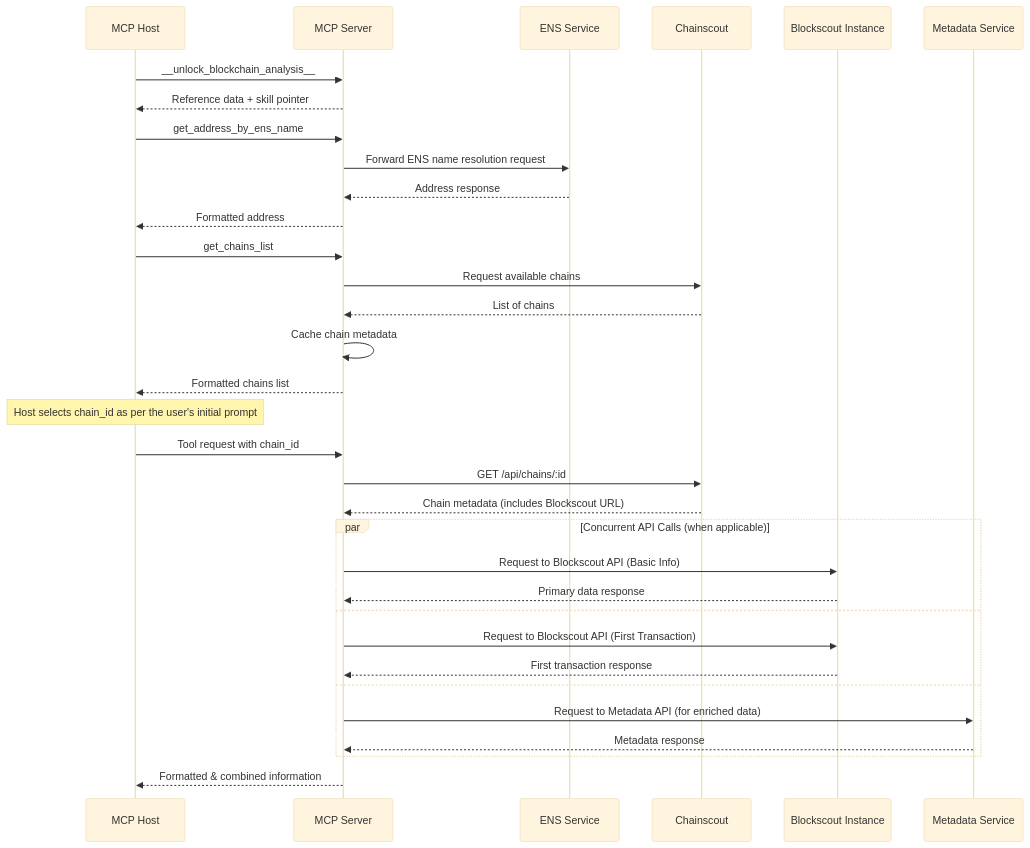
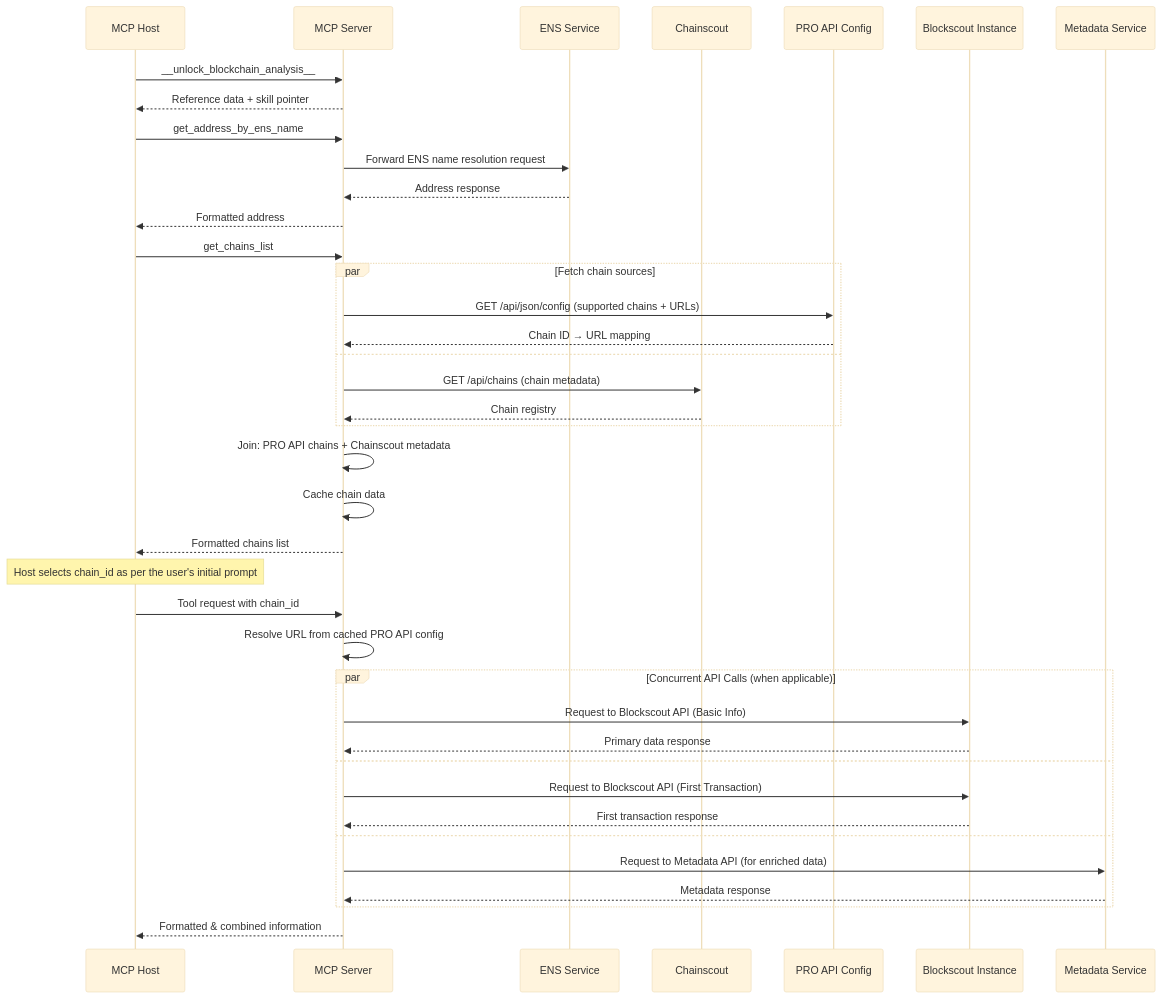
One commit to blockscout/mcp-server changed the first of 3 diagrams in SPEC.md. Above: the diagram before and after it, drawn with Mermaid (base theme). The commit also changed other lines of this file and 23 other files, not shown here.

Commit message:
Use PRO API config as authoritative chain source (#369)

````diff
--- a/SPEC.md
+++ b/SPEC.md
@@ -73,40 +73,46 @@
 ```mermaid
 sequenceDiagram
     participant AI as MCP Host
     participant MCP as MCP Server
     participant BENS as ENS Service
     participant CS as Chainscout
+    participant ProAPI as PRO API Config
     participant BS as Blockscout Instance
     participant Metadata as Metadata Service
 
     AI->>MCP: __unlock_blockchain_analysis__
     MCP-->>AI: Reference data + skill pointer
 
     AI->>MCP: get_address_by_ens_name
     MCP->>BENS: Forward ENS name resolution request
     BENS-->>MCP: Address response
     MCP-->>AI: Formatted address
 
     AI->>MCP: get_chains_list
-    MCP->>CS: Request available chains
-    CS-->>MCP: List of chains
-    MCP->>MCP: Cache chain metadata
+    par Fetch chain sources
+        MCP->>ProAPI: GET /api/json/config (supported chains + URLs)
+        ProAPI-->>MCP: Chain ID → URL mapping
+    and
+        MCP->>CS: GET /api/chains (chain metadata)
+        CS-->>MCP: Chain registry
+    end
+    MCP->>MCP: Join: PRO API chains + Chainscout metadata
+    MCP->>MCP: Cache chain data
     MCP-->>AI: Formatted chains list
 
     Note over AI: Host selects chain_id as per the user's initial prompt
 
     AI->>MCP: Tool request with chain_id
-    MCP->>CS: GET /api/chains/:id
-    CS-->>MCP: Chain metadata (includes Blockscout URL)
+    MCP->>MCP: Resolve URL from cached PRO API config
     par Concurrent API Calls (when applicable)
         MCP->>BS: Request to Blockscout API (Basic Info)
         BS-->>MCP: Primary data response
     and
         MCP->>BS: Request to Blockscout API (First Transaction)
         BS-->>MCP: First transaction response
     and
         MCP->>Metadata: Request to Metadata API (for enriched data)
         Metadata-->>MCP: Metadata response
     end
     MCP-->>AI: Formatted & combined information
 ```
````
